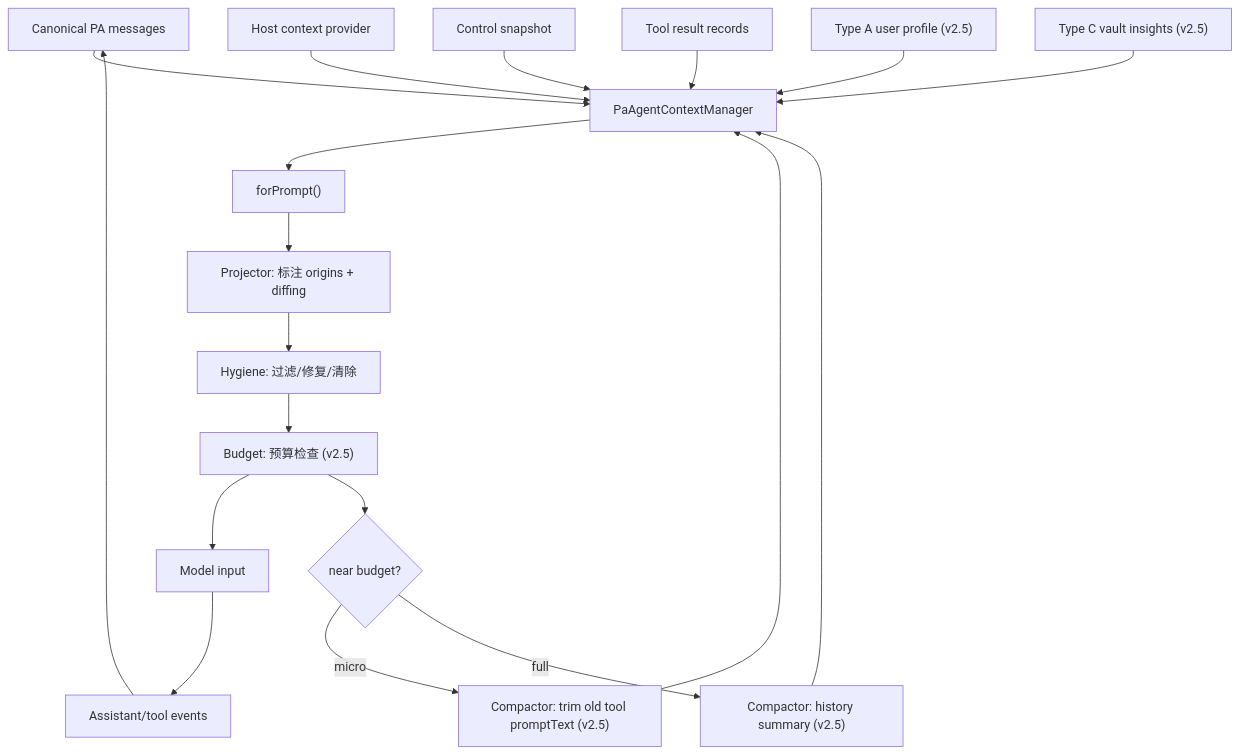
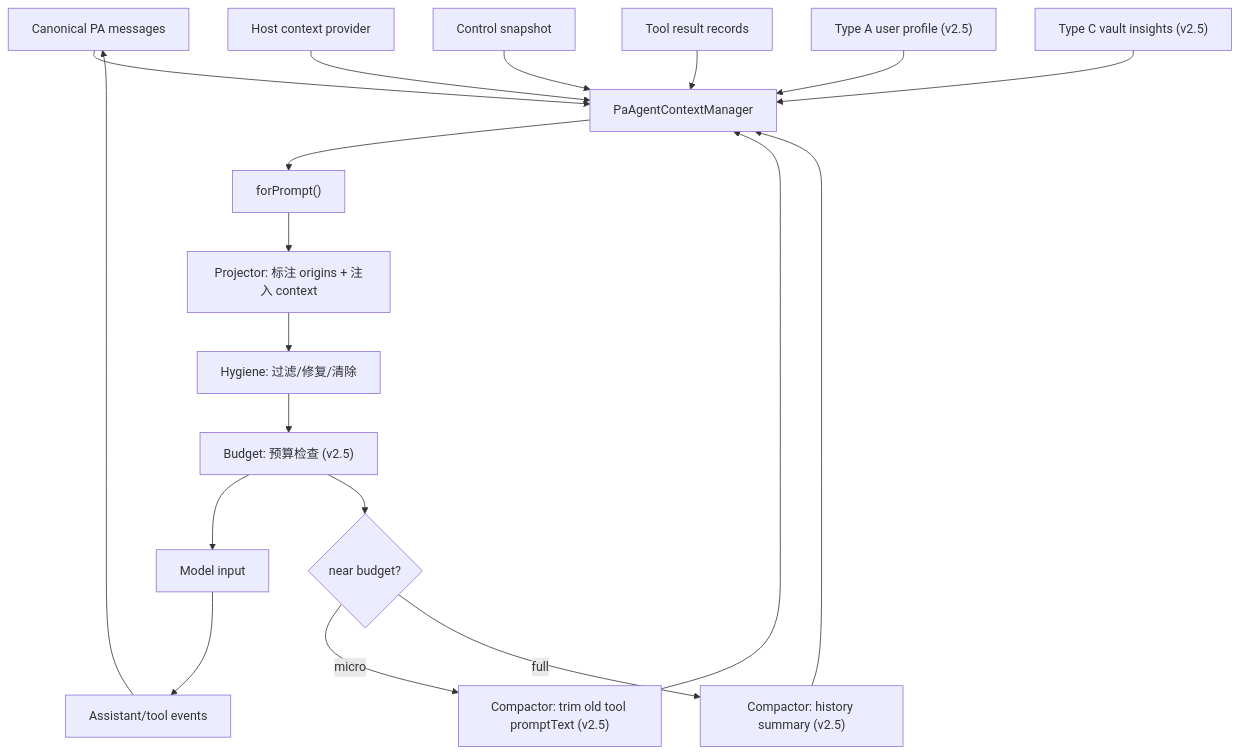
The second of 3 diagrams in docs/sdd-ai-insight-foundation.md (edonyzpc/personal-assistant), drawn with Mermaid before and after one commit. The commit also changed other lines of this file and 10 other files, not shown here.

````diff
--- a/docs/sdd-ai-insight-foundation.md
+++ b/docs/sdd-ai-insight-foundation.md
@@ -211,23 +206,23 @@
 ```mermaid
 flowchart TD
     A["Canonical PA messages"] --> B["PaAgentContextManager"]
     C["Host context provider"] --> B
     D["Control snapshot"] --> B
     E["Tool result records"] --> B
     F["Type A user profile (v2.5)"] --> B
     G["Type C vault insights (v2.5)"] --> B
 
     B --> H["forPrompt()"]
-    H --> I["Projector: 标注 origins + diffing"]
+    H --> I["Projector: 标注 origins + 注入 context"]
     I --> J["Hygiene: 过滤/修复/清除"]
     J --> K["Budget: 预算检查 (v2.5)"]
     K --> L["Model input"]
     L --> M["Assistant/tool events"]
     M --> A
 
     K --> N{"near budget?"}
     N -- "micro" --> O["Compactor: trim old tool promptText (v2.5)"]
     N -- "full" --> P["Compactor: history summary (v2.5)"]
     O --> B
     P --> B
 ```
````
